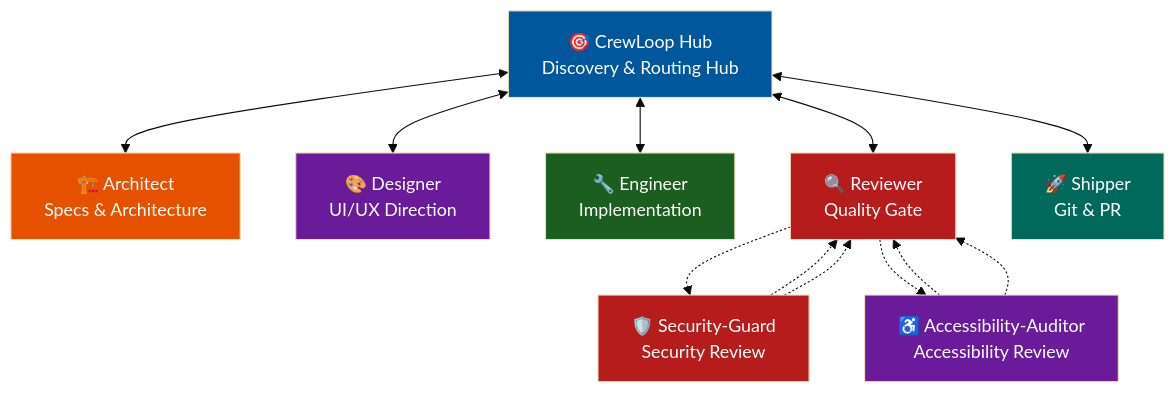
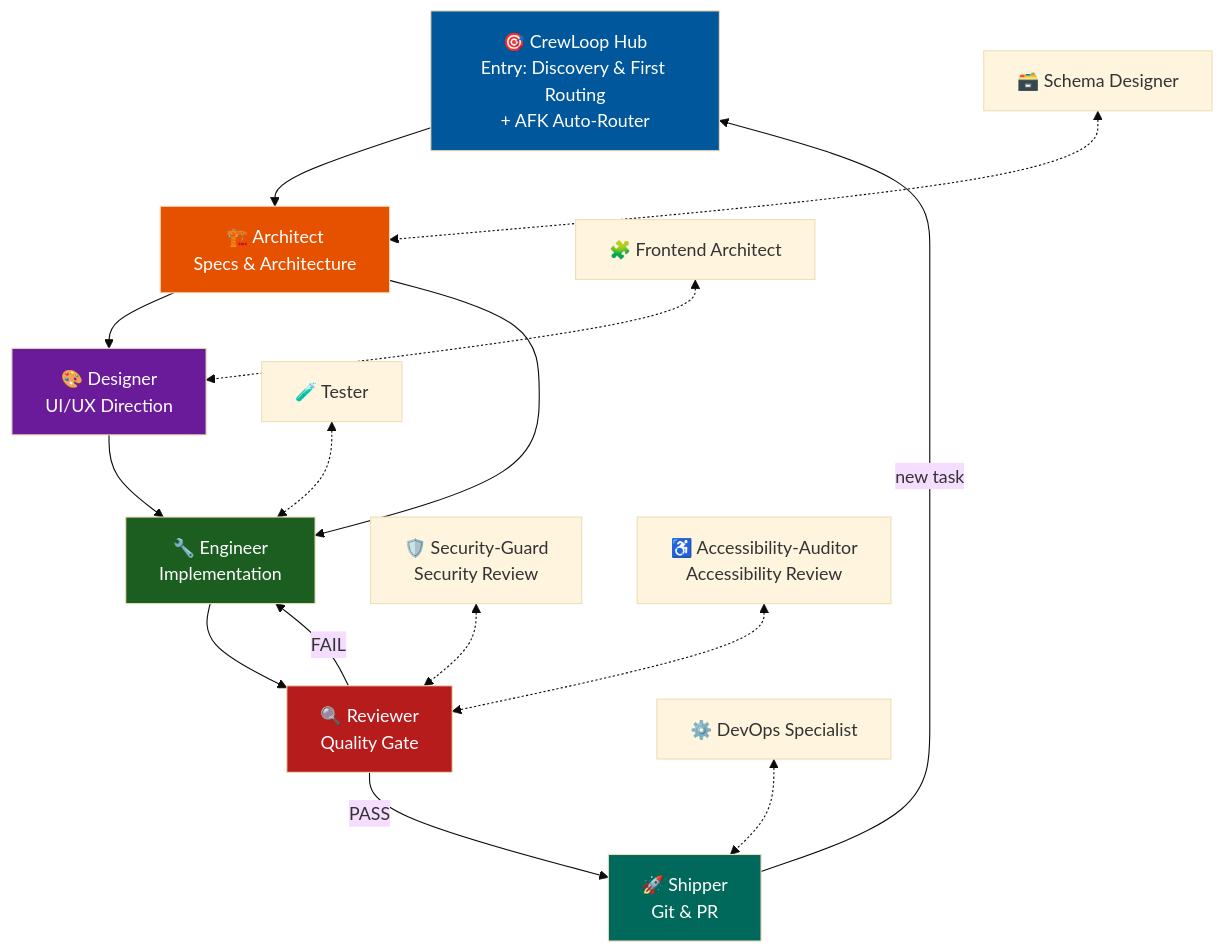
The diagram in references/workflow.md (leorsousa05/CrewLoop), drawn with Mermaid (base theme) before and after one commit. The commit also changed other lines of this file and 31 other files, not shown here.

````diff
--- a/references/workflow.md
+++ b/references/workflow.md
@@ -35,24 +36,25 @@
 ```mermaid
 flowchart TD
-    O["🎯 CrewLoop Hub<br>Discovery & Routing Hub"] <--> A["🏗️ Architect<br>Specs & Architecture"]
-    O <--> D["🎨 Designer<br>UI/UX Direction"]
-    O <--> E["🔧 Engineer<br>Implementation"]
-    O <--> R["🔍 Reviewer<br>Quality Gate"]
-    O <--> S["🚀 Shipper<br>Git & PR"]
+    O["🎯 CrewLoop Hub<br>Entry: Discovery & First Routing<br>+ AFK Auto-Router"] --> A["🏗️ Architect<br>Specs & Architecture"]
+    A --> D["🎨 Designer<br>UI/UX Direction"]
+    A --> E["🔧 Engineer<br>Implementation"]
+    D --> E
+    E --> R["🔍 Reviewer<br>Quality Gate"]
+    R -->|PASS| S["🚀 Shipper<br>Git & PR"]
+    R -->|FAIL| E
+    S -->|new task| O
 
-    SG["🛡️ Security-Guard<br>Security Review"] -.-> R
-    AA["♿ Accessibility-Auditor<br>Accessibility Review"] -.-> R
-    R -.-> SG
-    R -.-> AA
-    SG -.-> R
-    AA -.-> R
+    SG["🛡️ Security-Guard<br>Security Review"] <-.-> R
+    AA["♿ Accessibility-Auditor<br>Accessibility Review"] <-.-> R
+    SD["🗃️ Schema Designer"] <-.-> A
+    FA["🧩 Frontend Architect"] <-.-> D
+    DO["⚙️ DevOps Specialist"] <-.-> S
+    T["🧪 Tester"] <-.-> E
 
     style O fill:#01579b,color:#fff
     style A fill:#e65100,color:#fff
     style D fill:#6a1b9a,color:#fff
     style E fill:#1b5e20,color:#fff
     style R fill:#b71c1c,color:#fff
     style S fill:#00695c,color:#fff
-    style SG fill:#b71c1c,color:#fff
-    style AA fill:#6a1b9a,color:#fff
 ```
````
